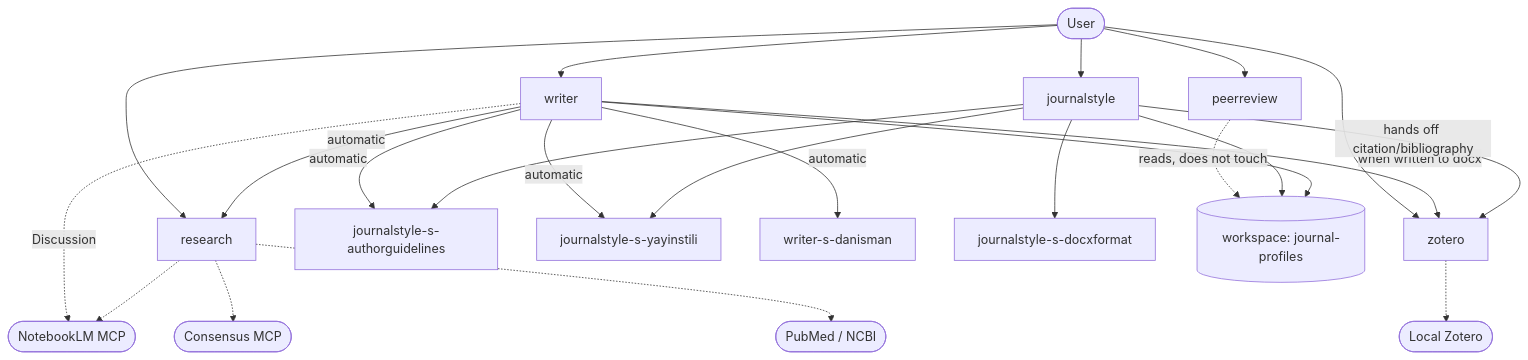
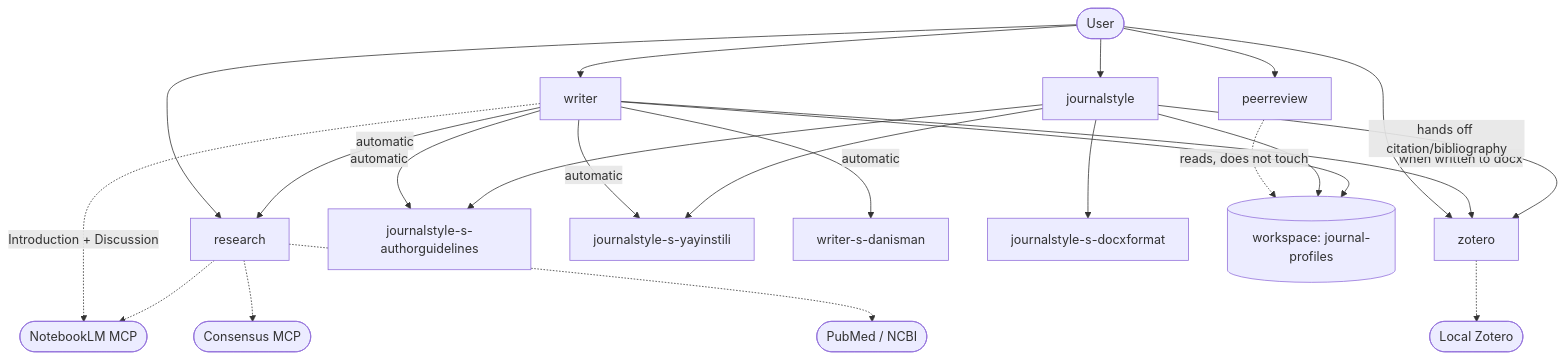
The diagram in CLAUDE.md (onurdavutdag/plugin-journal), drawn with Mermaid before and after one commit. The commit also changed other lines of this file and 3 other files, not shown here.

````diff
--- a/CLAUDE.md
+++ b/CLAUDE.md
@@ -146,29 +147,29 @@
 ```mermaid
 flowchart TD
     U([User]) --> W[writer]
     U --> J[journalstyle]
     U --> R[research]
     U --> Z[zotero]
     U --> P[peerreview]
 
     W -->|automatic| R
     W -->|automatic| AG[journalstyle-s-authorguidelines]
     W -->|automatic| YS[journalstyle-s-yayinstili]
     W -->|automatic| DAN[writer-s-danisman]
     W -->|when written to docx| Z
-    W -.->|Discussion| NLM([NotebookLM MCP])
+    W -.->|Introduction + Discussion| NLM([NotebookLM MCP])
 
     J --> AG
     J --> YS
     J --> DF[journalstyle-s-docxformat]
     J -->|hands off citation/bibliography| Z
 
     P -.->|reads, does not touch| PROF[(workspace: journal-profiles)]
     J --> PROF
     W --> PROF
 
     R -.-> NLM
     R -.-> CONS([Consensus MCP])
     R -.-> PUB([PubMed / NCBI])
     Z -.-> ZOT([Local Zotero])
 ```
````
